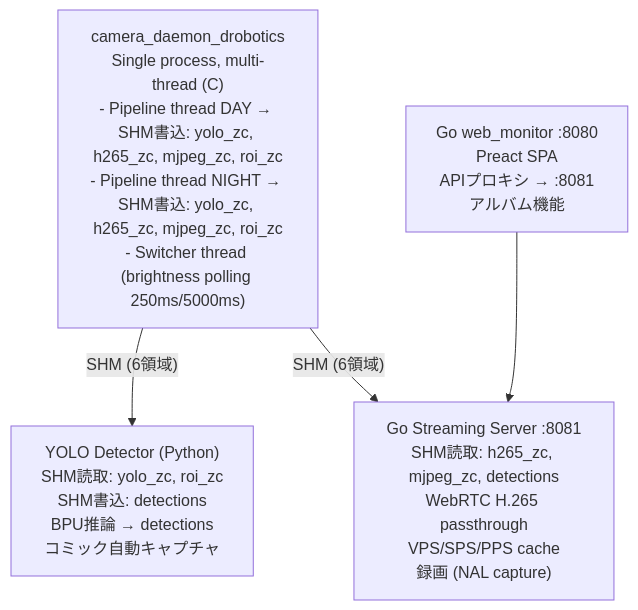
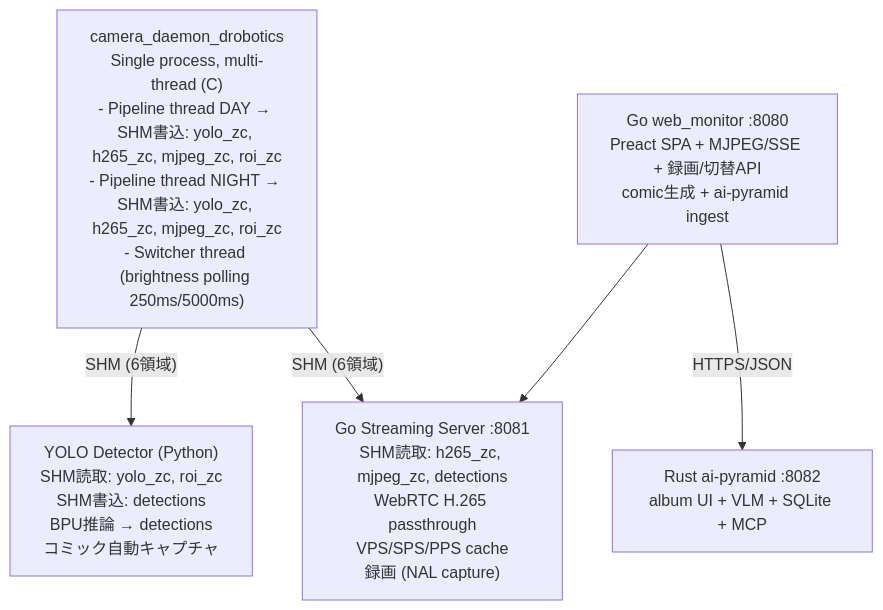
Before and after one commit to dj-oyu/rdk-x5_smart-pet-camera: the second of 7 diagrams in docs/04_architecture.md, drawn with Mermaid. The commit also changed other lines of this file and 7 other files, not shown here.

````diff
--- a/docs/04_architecture.md
+++ b/docs/04_architecture.md
@@ -62,14 +63,16 @@
 ```mermaid
 graph TD
     daemon["camera_daemon_drobotics<br/>Single process, multi-thread (C)<br/>- Pipeline thread DAY → SHM書込: yolo_zc, h265_zc, mjpeg_zc, roi_zc<br/>- Pipeline thread NIGHT → SHM書込: yolo_zc, h265_zc, mjpeg_zc, roi_zc<br/>- Switcher thread (brightness polling 250ms/5000ms)"]
 
     detector["YOLO Detector (Python)<br/>SHM読取: yolo_zc, roi_zc<br/>SHM書込: detections<br/>BPU推論 → detections<br/>コミック自動キャプチャ"]
 
     goserver["Go Streaming Server :8081<br/>SHM読取: h265_zc, mjpeg_zc, detections<br/>WebRTC H.265 passthrough<br/>VPS/SPS/PPS cache<br/>録画 (NAL capture)"]
 
-    webmonitor["Go web_monitor :8080<br/>Preact SPA<br/>APIプロキシ → :8081<br/>アルバム機能"]
+    webmonitor["Go web_monitor :8080<br/>Preact SPA + MJPEG/SSE + 録画/切替API<br/>comic生成 + ai-pyramid ingest"]
+    aip["Rust ai-pyramid :8082<br/>album UI + VLM + SQLite + MCP"]
 
     daemon -->|"SHM (6領域)"| detector
     daemon -->|"SHM (6領域)"| goserver
     webmonitor --> goserver
+    webmonitor -->|"HTTPS/JSON"| aip
 ```
````
